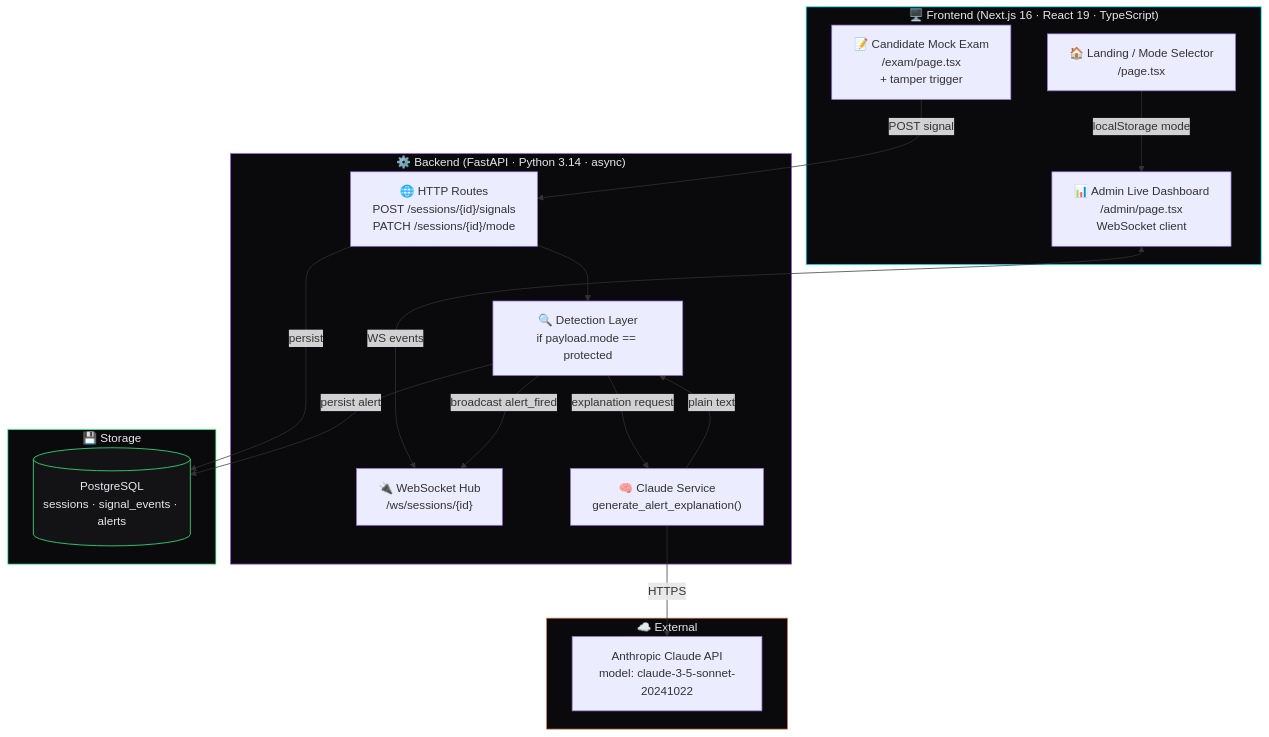
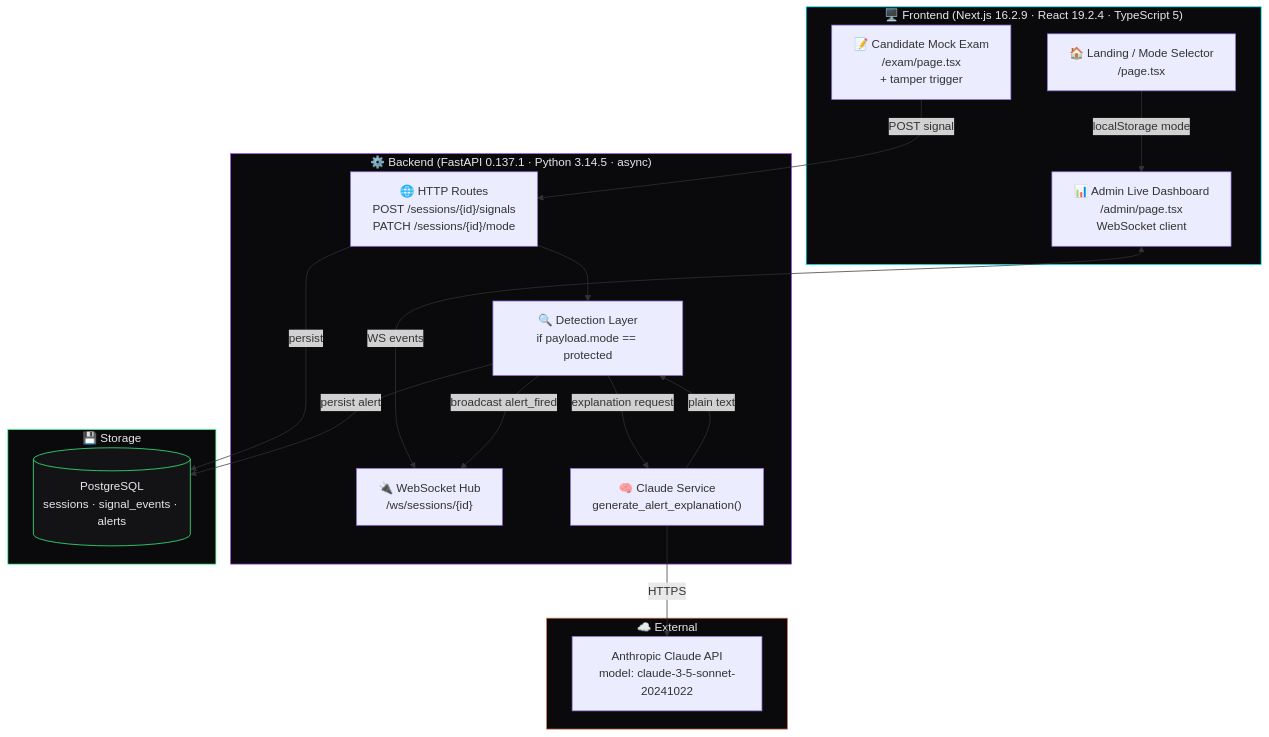
One commit to soumyachk101/ShadowAudit changed the third of 8 diagrams in README.md. Above: the diagram before and after it, drawn with Mermaid. The commit also changed other lines of this file and 2 other files, not shown here.

````diff
--- a/README.md
+++ b/README.md
@@ -261,40 +185,40 @@
 ```mermaid
 flowchart TB
-    subgraph Frontend["🖥️  Frontend  (Next.js 16 · React 19 · TypeScript)"]
+    subgraph Frontend["🖥️  Frontend  (Next.js 16.2.9 · React 19.2.4 · TypeScript 5)"]
         L["🏠 Landing / Mode Selector<br/>/page.tsx"]
         E["📝 Candidate Mock Exam<br/>/exam/page.tsx<br/>+ tamper trigger"]
         A["📊 Admin Live Dashboard<br/>/admin/page.tsx<br/>WebSocket client"]
     end
 
-    subgraph Backend["⚙️  Backend  (FastAPI · Python 3.14 · async)"]
+    subgraph Backend["⚙️  Backend  (FastAPI 0.137.1 · Python 3.14.5 · async)"]
         R["🌐 HTTP Routes<br/>POST /sessions/{id}/signals<br/>PATCH /sessions/{id}/mode"]
         W["🔌 WebSocket Hub<br/>/ws/sessions/{id}"]
         D["🔍 Detection Layer<br/>if payload.mode == protected"]
         AI["🧠 Claude Service<br/>generate_alert_explanation()"]
     end
 
     subgraph Storage["💾  Storage"]
         DB[("PostgreSQL<br/>sessions · signal_events · alerts")]
     end
 
     subgraph External["☁️  External"]
         Claude["Anthropic Claude API<br/>model: claude-3-5-sonnet-20241022"]
     end
 
     E -->|POST signal| R
     L -->|localStorage mode| A
     A <-->|WS events| W
     R --> D
     D -->|explanation request| AI
     AI -->|HTTPS| Claude
     AI -->|plain text| D
     D -->|broadcast alert_fired| W
     R -->|persist| DB
     D -->|persist alert| DB
 
     style Frontend fill:#0a0a0c,stroke:#00e5ff,color:#e8e8ec
     style Backend fill:#0a0a0c,stroke:#a855f7,color:#e8e8ec
     style Storage fill:#0a0a0c,stroke:#39ff88,color:#e8e8ec
     style External fill:#0a0a0c,stroke:#D97757,color:#e8e8ec
     style DB fill:#131316,stroke:#39ff88,color:#e8e8ec
 ```
````
